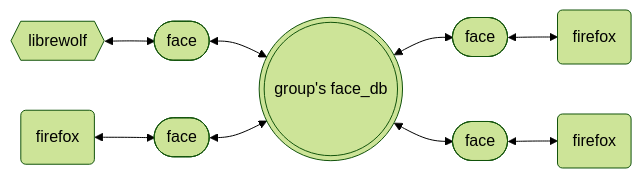
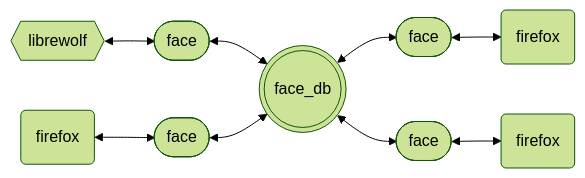
The third of 4 diagrams in README.md (198thread/lineup), drawn with Mermaid (forest theme) before and after one commit.

Commit message:
Update README.md
added consistent mermaid diagram namespace

````diff
--- a/README.md
+++ b/README.md
@@ -42,11 +42,11 @@
 ```mermaid
 graph LR;
-    A(((group's face_db))) <--> B([face])
+    A(((face_db))) <--> B([face])
     B <--> E(firefox)
     D{{librewolf}} <--> C
     C([face]) <--> A
     A <--> F([face])
     F <--> G(firefox)
     H(firefox) <--> I([face])
     I <--> A
 ```
````
